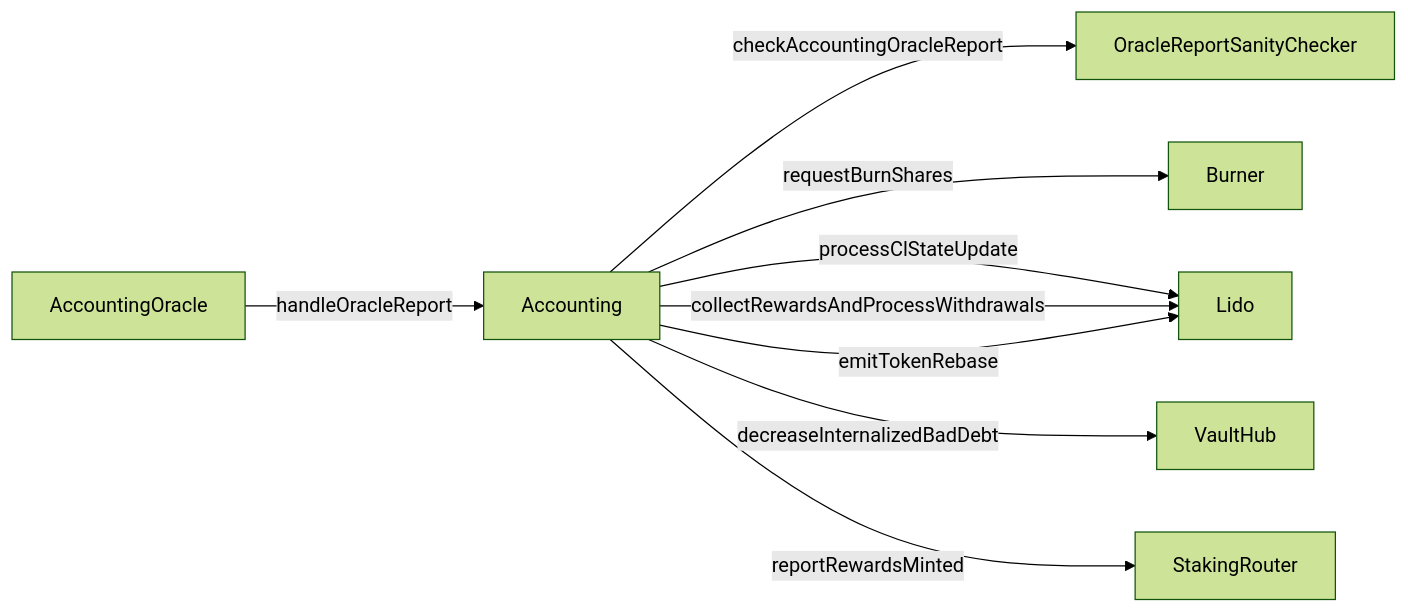
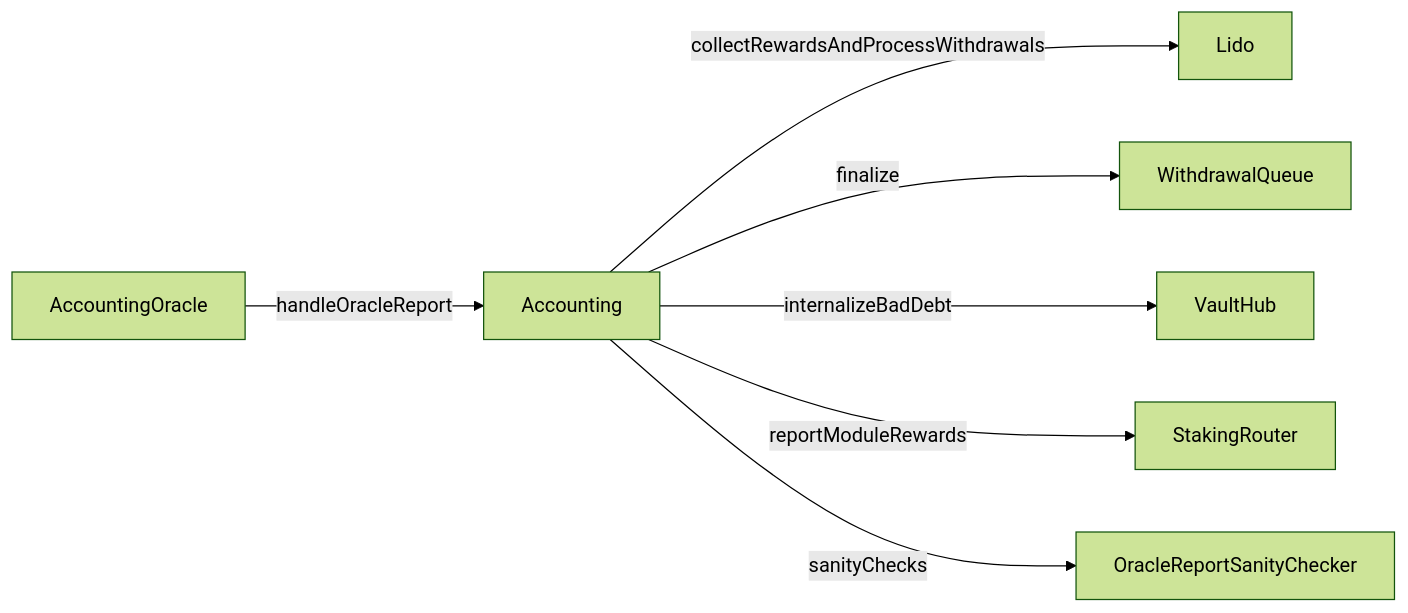
Before and after one commit to lidofinance/docs: the diagram in docs/contracts/accounting.md, drawn with Mermaid (forest theme). The commit also changed other lines of this file and 4 other files, not shown here.

````diff
--- a/docs/contracts/accounting.md
+++ b/docs/contracts/accounting.md
@@ -30,11 +30,9 @@
 ```mermaid
 graph LR;
   AO[AccountingOracle]--handleOracleReport-->A[Accounting];
-  A--checkAccountingOracleReport-->SC[OracleReportSanityChecker];
-  A--requestBurnShares-->B[Burner];
-  A--processClStateUpdate-->L[Lido];
-  A--decreaseInternalizedBadDebt-->VH[VaultHub];
-  A--collectRewardsAndProcessWithdrawals-->L;
-  A--reportRewardsMinted-->SR[StakingRouter];
-  A--emitTokenRebase-->L;
+  A--collectRewardsAndProcessWithdrawals-->L[Lido];
+  A--finalize-->WQ[WithdrawalQueue];
+  A--internalizeBadDebt-->VH[VaultHub];
+  A--reportModuleRewards-->SR[StakingRouter];
+  A--sanityChecks-->SC[OracleReportSanityChecker];
 ```
````
